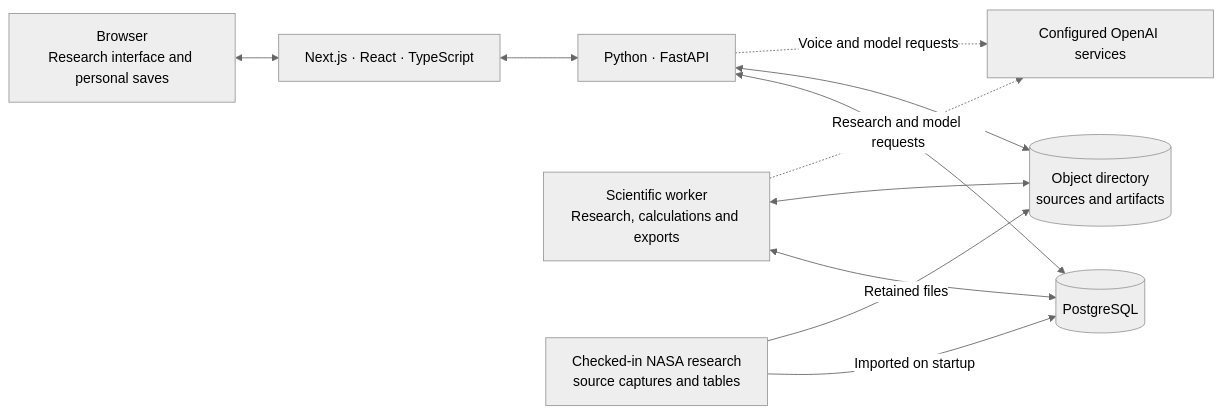
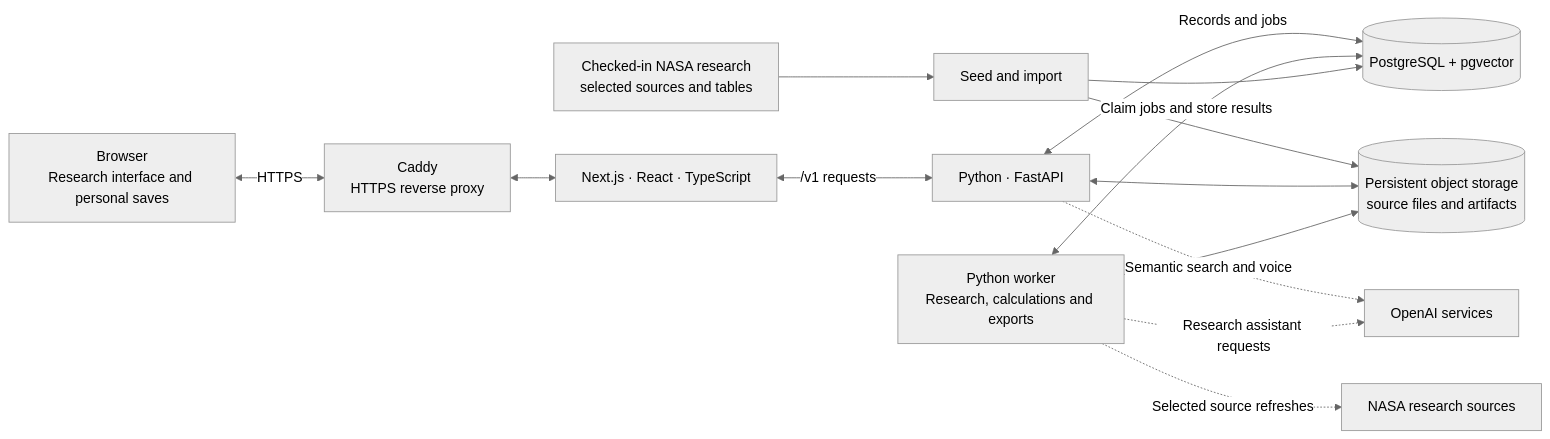
The diagram in README.md (ScientificAJ/Strawhat-Pirates-2026), drawn with Mermaid (neutral theme) before and after one commit. The commit also changed other lines of this file and 2 other files, not shown here.

Commit message:
Add color to the research interface

````diff
--- a/README.md
+++ b/README.md
@@ -51,13 +51,16 @@
 ```mermaid
 flowchart LR
-    Browser["Browser<br/>Research interface and personal saves"] <--> Web["Next.js · React · TypeScript"]
-    Web <--> API["Python · FastAPI"]
-    API <--> DB[("PostgreSQL")]
-    Worker["Scientific worker<br/>Research, calculations and exports"] <--> DB
-    Corpus["Checked-in NASA research<br/>source captures and tables"] -->|"Imported on startup"| DB
-    Corpus -->|"Retained files"| Objects[("Object directory<br/>sources and artifacts")]
+    Browser["Browser<br/>Research interface and personal saves"] <-->|"HTTPS"| Proxy["Caddy<br/>HTTPS reverse proxy"]
+    Proxy <--> Web["Next.js · React · TypeScript"]
+    Web <-->|"/v1 requests"| API["Python · FastAPI"]
+    API <-->|"Records and jobs"| DB[("PostgreSQL + pgvector")]
+    Worker["Python worker<br/>Research, calculations and exports"] <-->|"Claim jobs and store results"| DB
+    Corpus["Checked-in NASA research<br/>selected sources and tables"] --> Seed["Seed and import"]
+    Seed --> DB
+    Seed --> Objects[("Persistent object storage<br/>source files and artifacts")]
     API <--> Objects
     Worker <--> Objects
-    API -.->|"Voice and model requests"| Models["Configured OpenAI services"]
-    Worker -.->|"Research and model requests"| Models
+    Worker -.->|"Selected source refreshes"| NASA["NASA research sources"]
+    API -.->|"Semantic search and voice"| Models["OpenAI services"]
+    Worker -.->|"Research assistant requests"| Models
 ```
````
